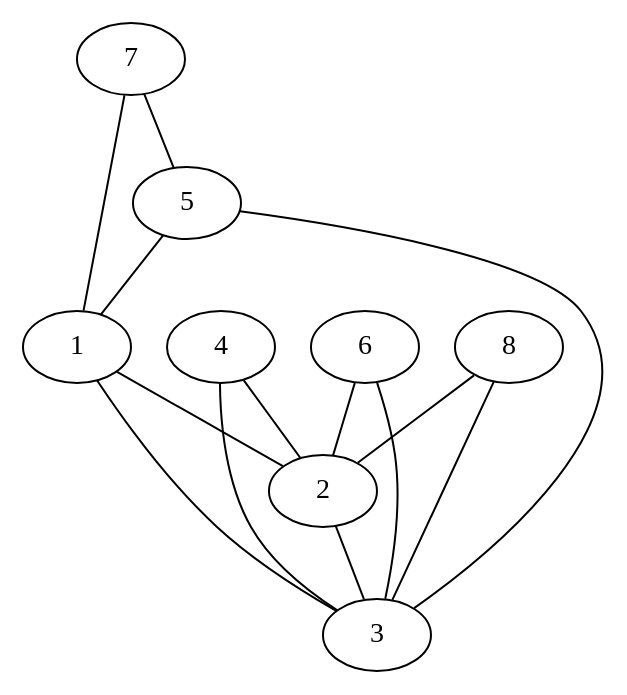
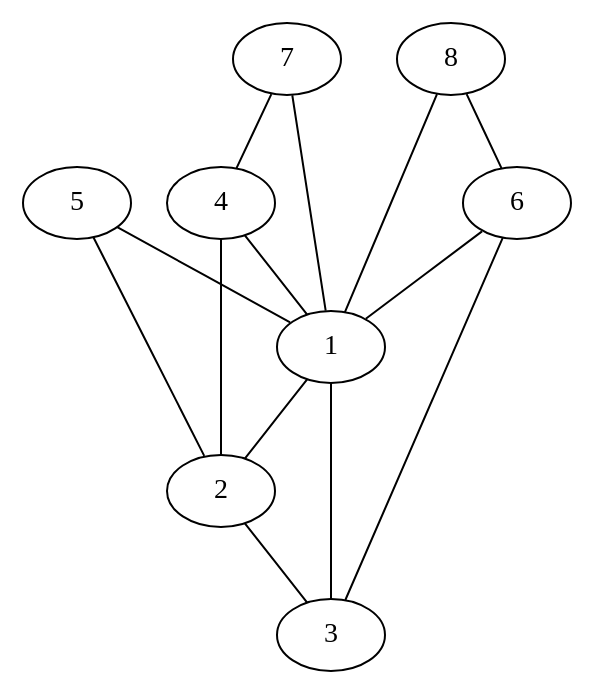
The diagram in DAlgoritmos/Proyecto/Archivos/DorogovtsevMendes.gv (AltairAG/DAA-), drawn with Graphviz before and after one commit. The commit also changed 6 other files, not shown here.

```diff
--- a/DAlgoritmos/Proyecto/Archivos/DorogovtsevMendes.gv
+++ b/DAlgoritmos/Proyecto/Archivos/DorogovtsevMendes.gv
@@ -1,48 +1,48 @@
 graph G {
 1;
 2;
 3;
 1;
 2;
 3;
 4;
 1;
 2;
 3;
 4;
 5;
 1;
 2;
 3;
 4;
 5;
 6;
 1;
 2;
 3;
 4;
 5;
 6;
 7;
 1;
 2;
 3;
 4;
 5;
 6;
 7;
 8;
 1 -- 2;
 2 -- 3;
 3 -- 1;
+4 -- 1;
 4 -- 2;
-4 -- 3;
-5 -- 3;
 5 -- 1;
-6 -- 2;
+5 -- 2;
 6 -- 3;
-7 -- 5;
+6 -- 1;
+7 -- 4;
 7 -- 1;
-8 -- 2;
-8 -- 3;
+8 -- 6;
+8 -- 1;
 }
```
